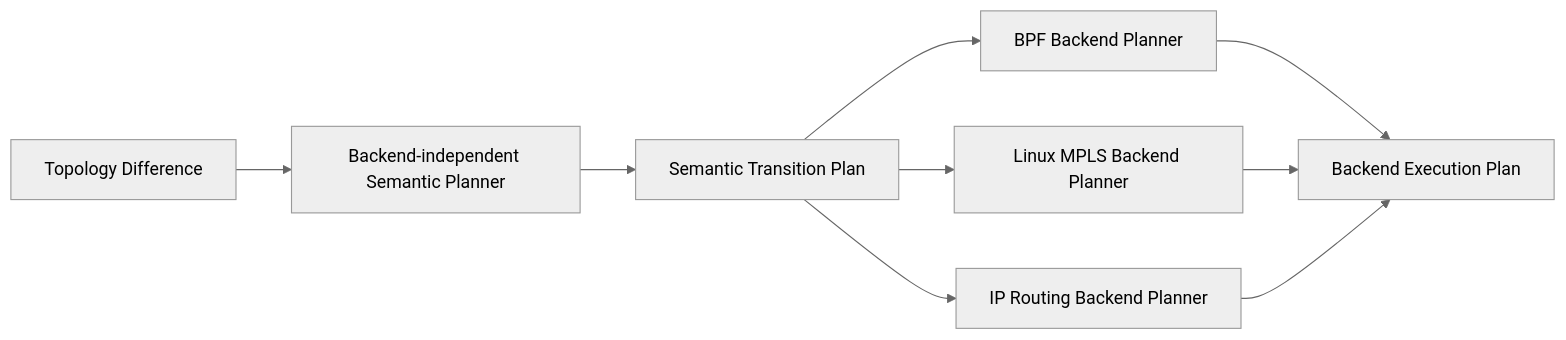
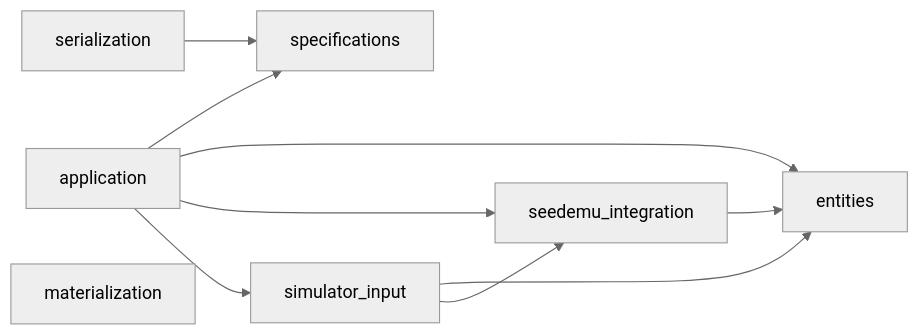
One commit to seed-labs/skyseed changed the first of 7 diagrams in skyseed_v2/docs/architecture/diagrams.md. Above: the diagram before and after it, drawn with Mermaid (neutral theme). The commit also changed other lines of this file and 22 other files, not shown here.

Commit message:
Synchronize package architecture records

````diff
--- a/skyseed_v2/docs/architecture/diagrams.md
+++ b/skyseed_v2/docs/architecture/diagrams.md
@@ -80,17 +8,19 @@
 ```mermaid
 flowchart LR
-    Difference[Topology Difference]
-    SemanticPlanner[Backend-independent Semantic Planner]
-    SemanticPlan[Semantic Transition Plan]
+    ENT[entities]
+    SEED[seedemu_integration]
+    INPUT[simulator_input]
+    SPEC[specifications]
+    SER[serialization]
+    APP[application]
+    MAT[materialization]
 
-    Difference --> SemanticPlanner
-    SemanticPlanner --> SemanticPlan
-
-    SemanticPlan --> BPF[BPF Backend Planner]
-    SemanticPlan --> MPLS[Linux MPLS Backend Planner]
-    SemanticPlan --> IP[IP Routing Backend Planner]
-
-    BPF --> ExecutionPlan[Backend Execution Plan]
-    MPLS --> ExecutionPlan
-    IP --> ExecutionPlan
+    SEED --> ENT
+    INPUT --> ENT
+    INPUT --> SEED
+    SER --> SPEC
+    APP --> SPEC
+    APP --> ENT
+    APP --> SEED
+    APP --> INPUT
 ```
````
